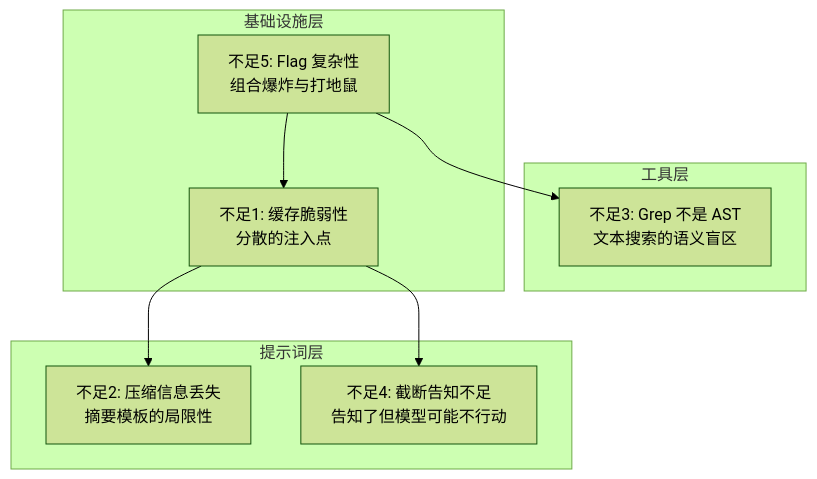
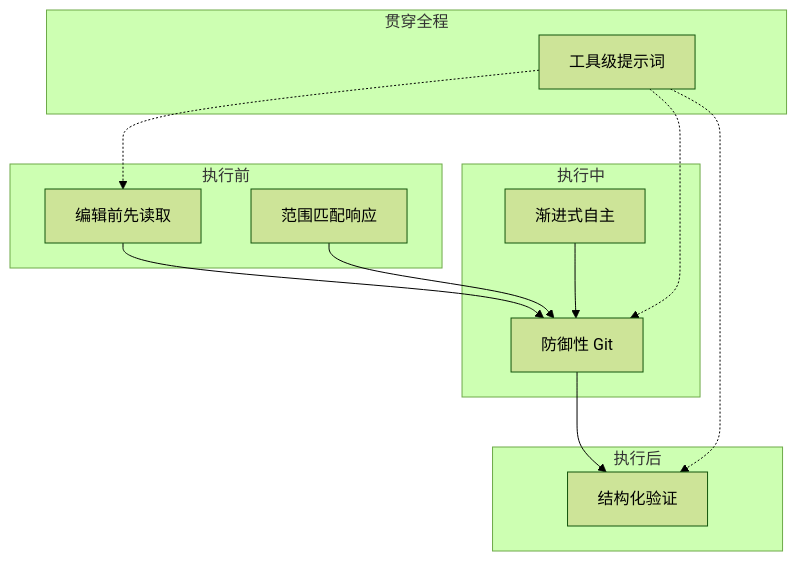
The diagram in book/src/part7/ch27.md (goldtoad6/harness-engineering-from-cc-to-ai-coding), drawn with Mermaid (forest theme) before and after one commit. The commit also changed other lines of this file and 14 other files, not shown here.

````diff
--- a/book/src/part7/ch27.md
+++ b/book/src/part7/ch27.md
@@ -235,19 +227,25 @@
 ```mermaid
 graph TD
-    subgraph "提示词层"
-        A["不足2: 压缩信息丢失<br/>摘要模板的局限性"]
-        B["不足4: 截断告知不足<br/>告知了但模型可能不行动"]
+    subgraph 执行前
+        A["编辑前先读取"]
+        B["范围匹配响应"]
     end
-    subgraph "工具层"
-        C["不足3: Grep 不是 AST<br/>文本搜索的语义盲区"]
+    subgraph 执行中
+        C["防御性 Git"]
+        D["渐进式自主"]
     end
-    subgraph "基础设施层"
-        D["不足1: 缓存脆弱性<br/>分散的注入点"]
-        E["不足5: Flag 复杂性<br/>组合爆炸与打地鼠"]
+    subgraph 执行后
+        E["结构化验证"]
+    end
+    subgraph 贯穿全程
+        F["工具级提示词"]
     end
 
-    D --> A
-    D --> B
-    E --> C
-    E --> D
+    A --> C
+    B --> C
+    D --> C
+    C --> E
+    F -.-> A
+    F -.-> C
+    F -.-> E
 ```
````
